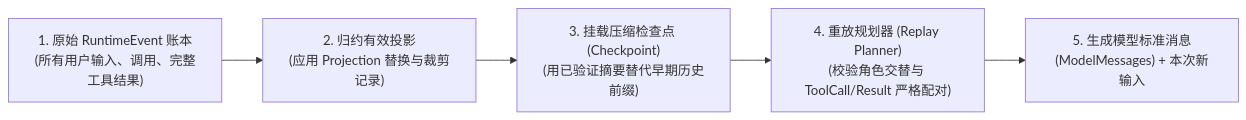
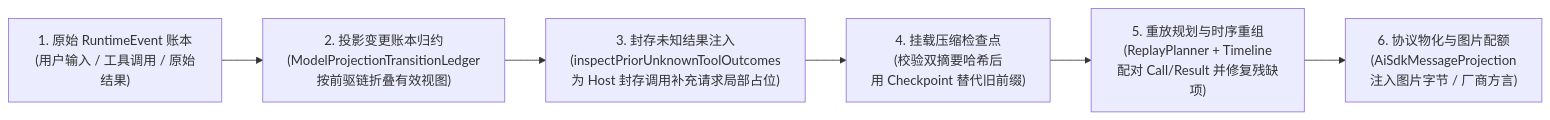
Before and after one commit to suger-m/agent-infrastructure-docs: the first of 4 diagrams in maka-agent-infra/02-context/history-and-projection.md, drawn with Mermaid. The commit also changed other lines of this file and 31 other files, not shown here.

````diff
--- a/maka-agent-infra/02-context/history-and-projection.md
+++ b/maka-agent-infra/02-context/history-and-projection.md
@@ -33,7 +40,8 @@
 ```mermaid
 flowchart LR
-    Raw["1. 原始 RuntimeEvent 账本<br/>(所有用户输入、调用、完整工具结果)"] --> Ledger["2. 归约有效投影<br/>(应用 Projection 替换与裁剪记录)"]
-    Ledger --> Ckpt["3. 挂载压缩检查点 (Checkpoint)<br/>(用已验证摘要替代早期历史前缀)"]
-    Ckpt --> Planner["4. 重放规划器 (Replay Planner)<br/>(校验角色交替与 ToolCall/Result 严格配对)"]
-    Planner --> Final["5. 生成模型标准消息<br/>(ModelMessages) + 本次新输入"]
+    Raw["1. 原始 RuntimeEvent 账本<br/>(用户输入 / 工具调用 / 原始结果)"] --> Ledger["2. 投影变更账本归约<br/>(ModelProjectionTransitionLedger<br/>按前驱链折叠有效视图)"]
+    Ledger --> Unknown["3. 封存未知结果注入<br/>(inspectPriorUnknownToolOutcomes<br/>为 Host 封存调用补充请求局部占位)"]
+    Unknown --> Ckpt["4. 挂载压缩检查点<br/>(校验双摘要哈希后<br/>用 Checkpoint 替代旧前缀)"]
+    Ckpt --> Planner["5. 重放规划与时序重组<br/>(ReplayPlanner + Timeline<br/>配对 Call/Result 并修复残缺项)"]
+    Planner --> Materialize["6. 协议物化与图片配额<br/>(AiSdkMessageProjection<br/>注入图片字节 / 厂商方言)"]
 ```
````
